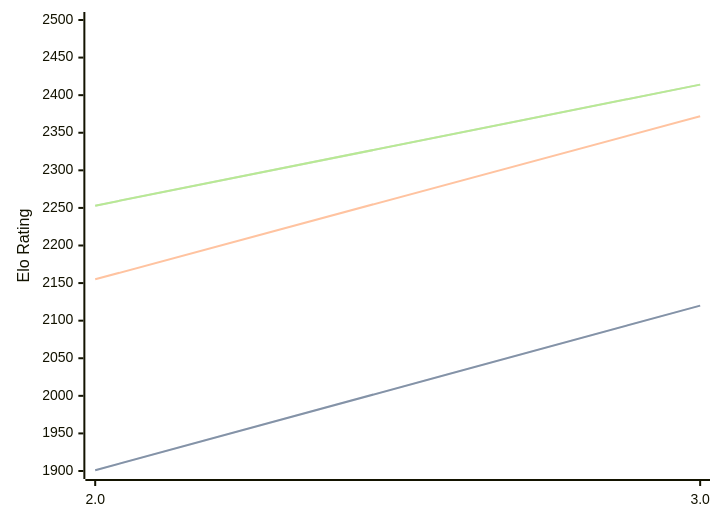
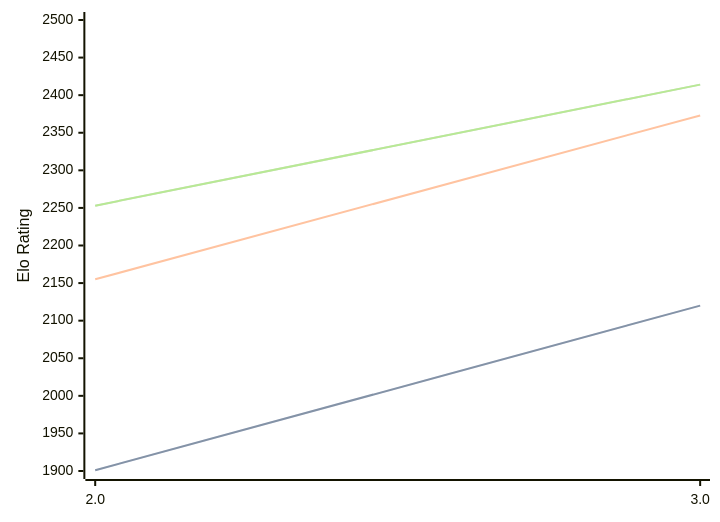
Before and after one commit to computer-chess-index/cci: the diagram in engines/Zeno.md, drawn with Mermaid. The commit also changed other lines of this file, not shown here.

````diff
--- a/engines/Zeno.md
+++ b/engines/Zeno.md
@@ -32,11 +32,11 @@
 ```mermaid
 %%{init: {"theme":"base","themeVariables":{"seriesColors:['#a3a3a3','#222221','#faa371']}}}%%
 xychart-beta
   x-axis ["2.0", "3.0"]
   y-axis "Elo Rating" 1900 --> 2500
   line "" [1901, 2120]
   line "STC (8.0+0.08s)" [1901, 2120]
-  line "LTC (60.0+0.60s)" [2155, 2372]
+  line "LTC (60.0+0.60s)" [2155, 2373]
   line "" [2253, 2414]
   line "VLTC (2m24s+1.12s)" [2253, 2414]
 ```
````
